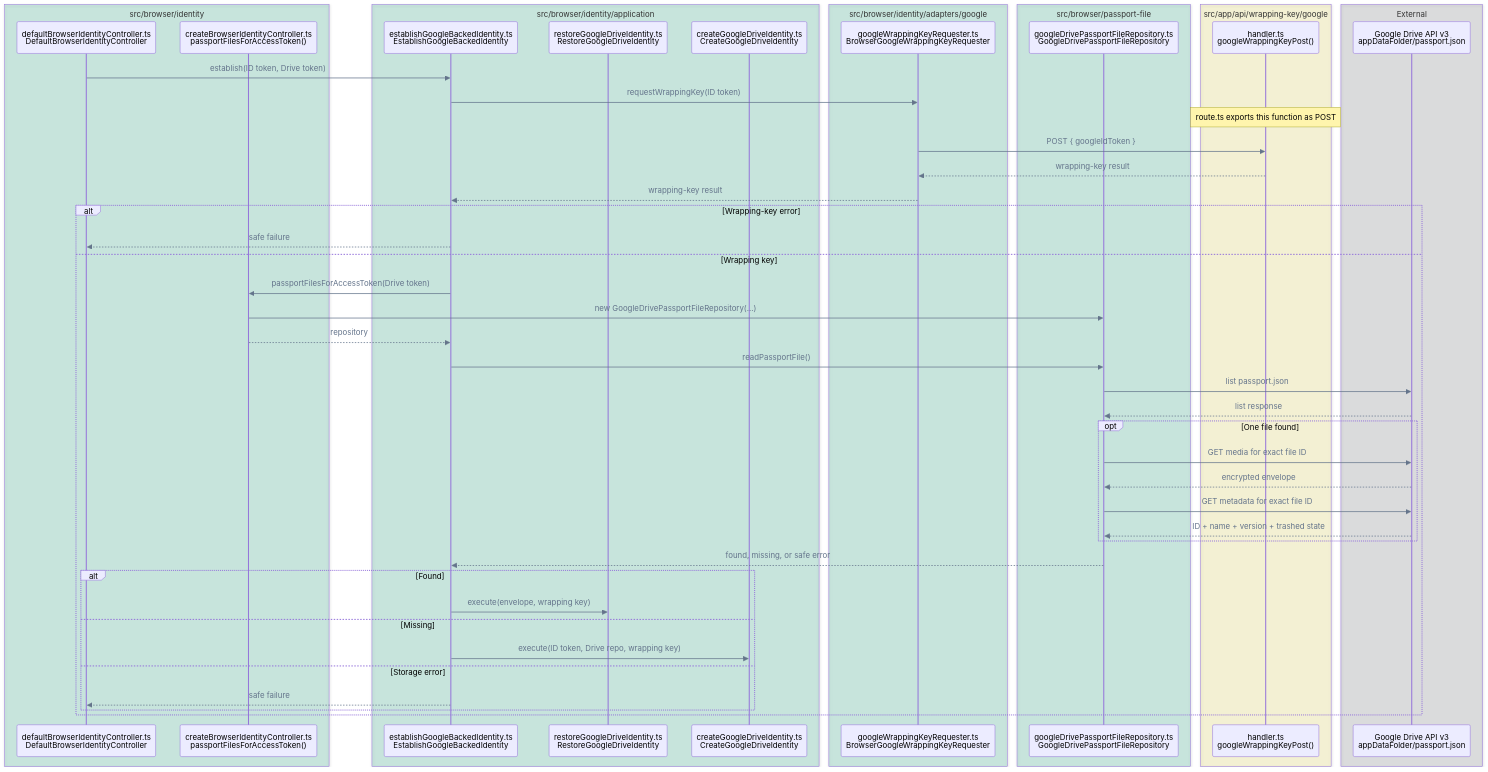
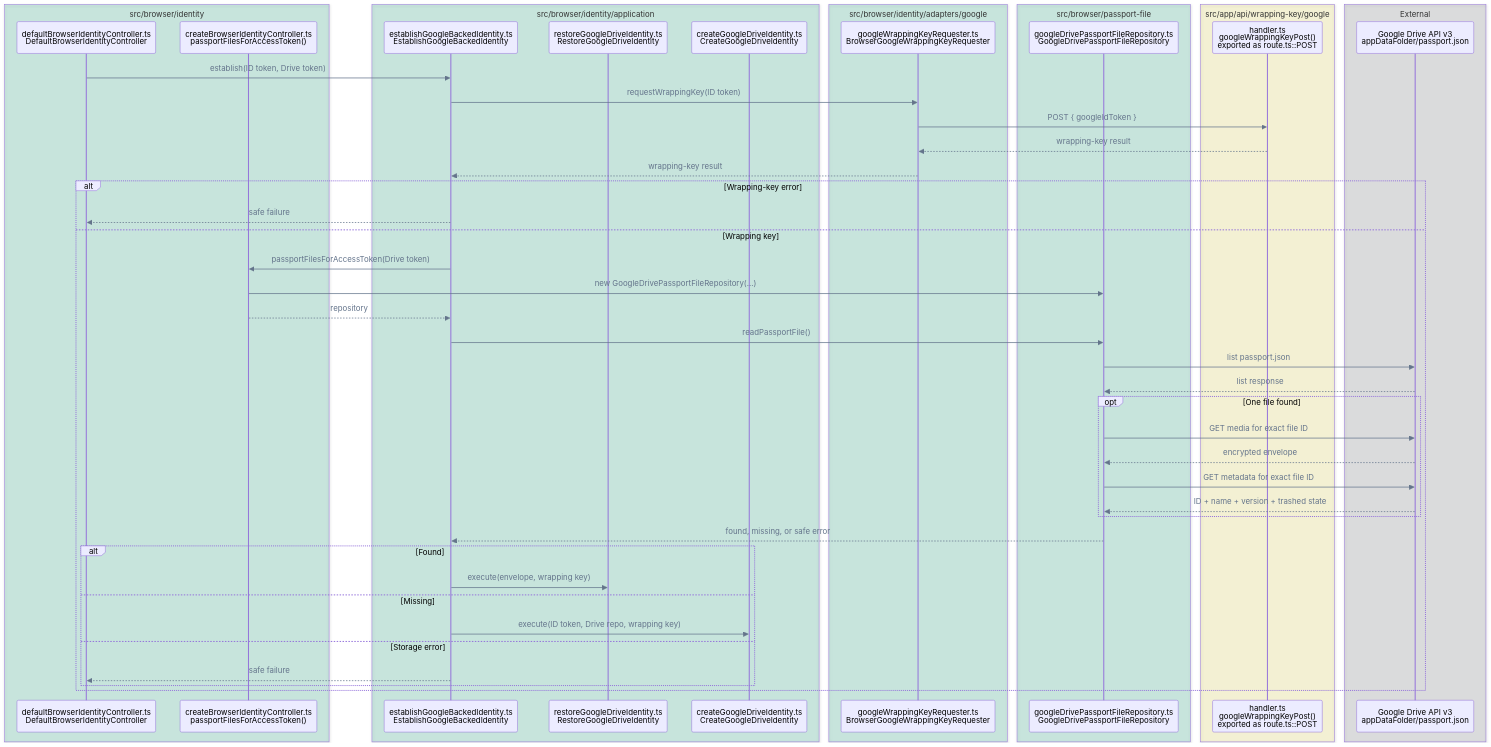
One commit to pubky/pubky-passport changed the eighth of 14 diagrams in FLOWS.md. Above: the diagram before and after it, drawn with Mermaid. The commit also changed other lines of this file, not shown here.

````diff
--- a/FLOWS.md
+++ b/FLOWS.md
@@ -372,58 +367,57 @@
 ```mermaid
 %%{init: {"themeVariables": {"signalColor": "#64748B", "signalTextColor": "#64748B"}}}%%
 sequenceDiagram
     accTitle: Google-backed identity establishment call flow
     accDescr: The coordinator requests a wrapping key, reads the encrypted Drive file, and dispatches to restore or create without passing wrapping material to Drive storage.
     box rgba(0, 158, 115, 0.18) src/browser/identity
         participant Controller as defaultBrowserIdentityController.ts<br/>DefaultBrowserIdentityController
         participant DriveFactory as createBrowserIdentityController.ts<br/>passportFilesForAccessToken()
     end
     box rgba(0, 158, 115, 0.18) src/browser/identity/application
         participant Establish as establishGoogleBackedIdentity.ts<br/>EstablishGoogleBackedIdentity
         participant Restore as restoreGoogleDriveIdentity.ts<br/>RestoreGoogleDriveIdentity
         participant Creator as createGoogleDriveIdentity.ts<br/>CreateGoogleDriveIdentity
     end
     box rgba(0, 158, 115, 0.18) src/browser/identity/adapters/google
         participant Wrapping as googleWrappingKeyRequester.ts<br/>BrowserGoogleWrappingKeyRequester
     end
     box rgba(0, 158, 115, 0.18) src/browser/passport-file
         participant DriveRepo as googleDrivePassportFileRepository.ts<br/>GoogleDrivePassportFileRepository
     end
     box rgba(240, 228, 66, 0.18) src/app/api/wrapping-key/google
-        participant API as handler.ts<br/>googleWrappingKeyPost()
+        participant API as handler.ts<br/>googleWrappingKeyPost()<br/>exported as route.ts::POST
     end
     box rgba(17, 24, 39, 0.12) External
         participant Drive as Google Drive API v3<br/>appDataFolder/passport.json
     end
 
     Controller->>Establish: establish(ID token, Drive token)
     Establish->>Wrapping: requestWrappingKey(ID token)
-    Note over API: route.ts exports this function as POST
     Wrapping->>API: POST { googleIdToken }
     API-->>Wrapping: wrapping-key result
     Wrapping-->>Establish: wrapping-key result
     alt Wrapping-key error
         Establish-->>Controller: safe failure
     else Wrapping key
         Establish->>DriveFactory: passportFilesForAccessToken(Drive token)
         DriveFactory->>DriveRepo: new GoogleDrivePassportFileRepository(...)
         DriveFactory-->>Establish: repository
         Establish->>DriveRepo: readPassportFile()
         DriveRepo->>Drive: list passport.json
         Drive-->>DriveRepo: list response
         opt One file found
             DriveRepo->>Drive: GET media for exact file ID
             Drive-->>DriveRepo: encrypted envelope
             DriveRepo->>Drive: GET metadata for exact file ID
             Drive-->>DriveRepo: ID + name + version + trashed state
         end
         DriveRepo-->>Establish: found, missing, or safe error
         alt Found
             Establish->>Restore: execute(envelope, wrapping key)
         else Missing
             Establish->>Creator: execute(ID token, Drive repo, wrapping key)
         else Storage error
             Establish-->>Controller: safe failure
         end
     end
 ```
````
